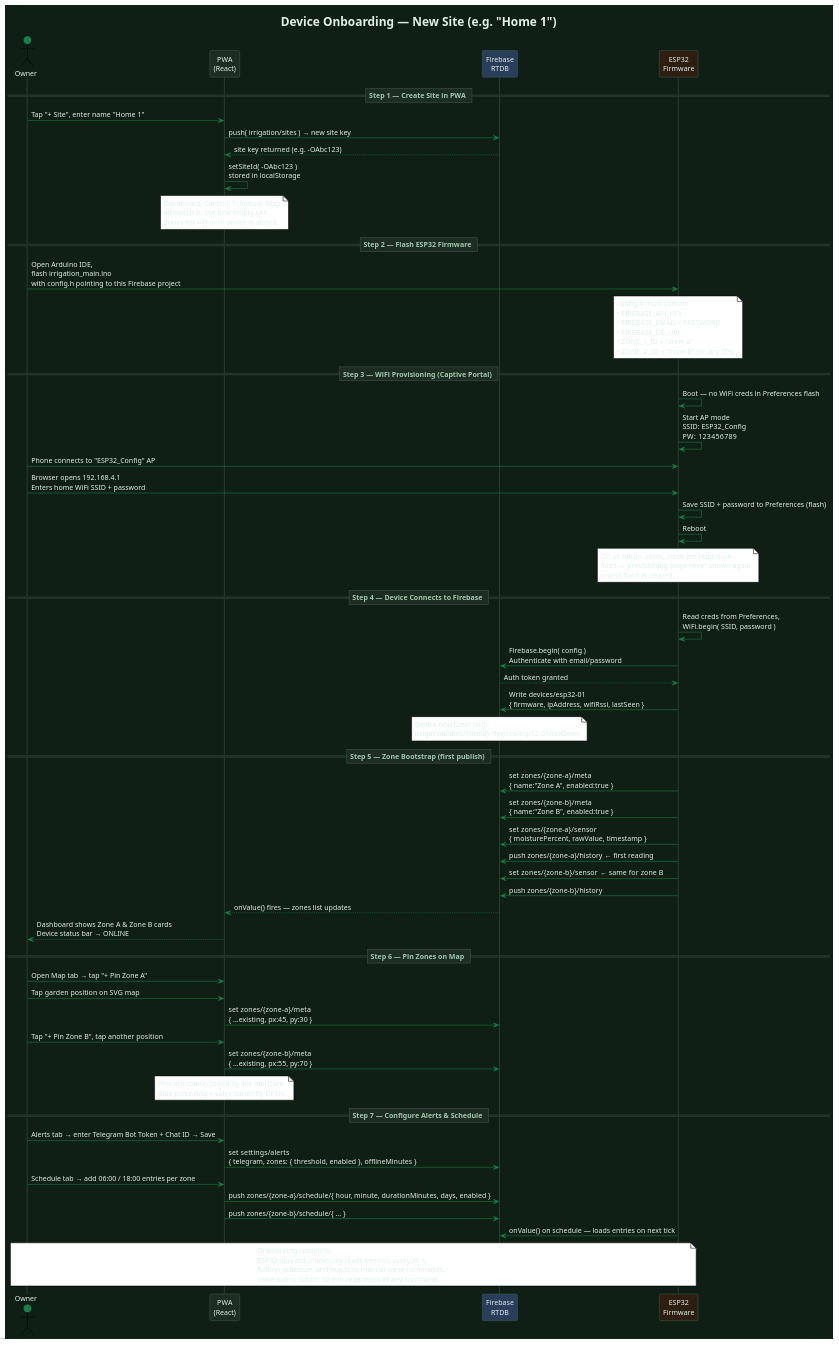
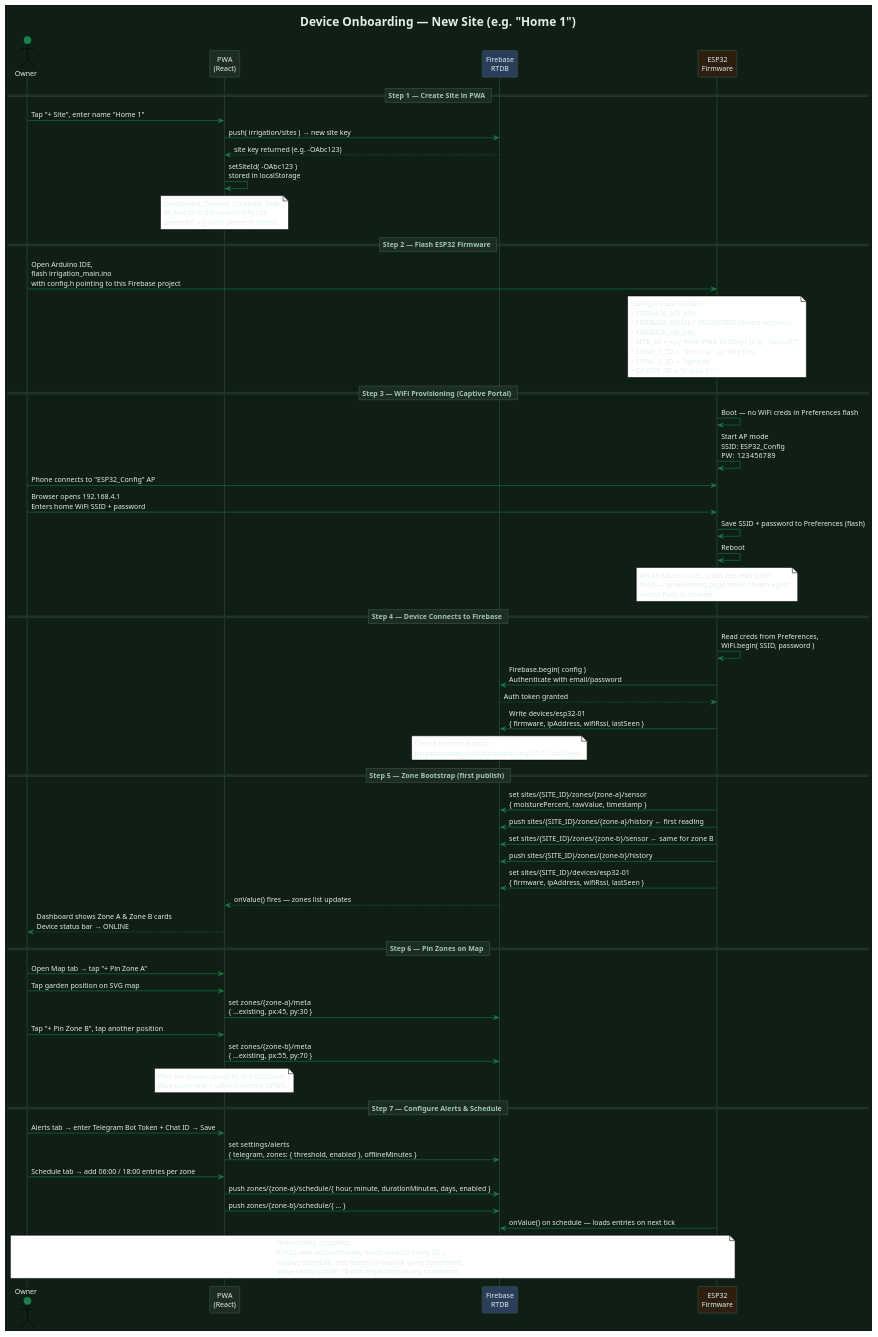
The diagram in docs/device-onboarding-flow.puml (thanhnv2210/irrigation-control-system), drawn with PlantUML before and after one commit. The commit also changed 3 other files, not shown here.

```diff
--- a/docs/device-onboarding-flow.puml
+++ b/docs/device-onboarding-flow.puml
@@ -1,130 +1,131 @@
 @startuml Device Onboarding Flow
 !theme plain
 skinparam backgroundColor #0f1f15
 skinparam defaultFontColor #e0f0e8
 skinparam defaultFontSize 13
 
 skinparam participant {
   BackgroundColor #1e2d24
   BorderColor #3a5a45
   FontColor #e0f0e8
 }
 skinparam sequence {
   ArrowColor #1a7f4b
   LifeLineBorderColor #3a5a45
   LifeLineBackgroundColor #162a1e
   DividerBackgroundColor #1e2d24
   DividerBorderColor #3a5a45
   DividerFontColor #a0c8b0
   GroupBorderColor #3a5a45
   GroupBackgroundColor #162a1e
   GroupFontColor #a0c8b0
   NoteBackgroundColor #1e2d24
   NoteBorderColor #3a5a45
   NoteFontColor #7aab90
 }
 skinparam shadowing false
 
 title Device Onboarding — New Site (e.g. "Home 1")
 
 actor       "Owner"       as User   #1a7f4b
 participant "PWA\n(React)" as PWA   #1e2d24
 participant "Firebase\nRTDB"        as FB    #2a3d5a
 participant "ESP32\nFirmware"       as ESP   #2e1e0f
 
 == Step 1 — Create Site in PWA ==
 
 User  -> PWA : Tap "+ Site", enter name "Home 1"
 PWA   -> FB  : push( irrigation/sites ) → new site key
 FB   --> PWA : site key returned (e.g. -OAbc123)
 PWA   -> PWA : setSiteId( -OAbc123 )\nstored in localStorage
 
 note over PWA
   Dashboard, Control, Schedule, Map
   all switch to the new empty site.
   Zones list = [] until device is added.
 end note
 
 == Step 2 — Flash ESP32 Firmware ==
 
 User  -> ESP  : Open Arduino IDE,\nflash irrigation_main.ino\nwith config.h pointing to this Firebase project
 note over ESP
   config.h must contain:
   • FIREBASE_API_KEY
-  • FIREBASE_EMAIL / PASSWORD
+  • FIREBASE_EMAIL / PASSWORD  (device account)
   • FIREBASE_DB_URL
-  • ZONE_1_ID = "zone-a"
-  • ZONE_2_ID = "zone-b"  (or any IDs)
+  • SITE_ID     = key from PWA Settings (e.g. "default")
+  • ZONE_1_ID   = "balcony"  (or any IDs)
+  • ZONE_2_ID   = "garden"
+  • DEVICE_ID   = "esp32-01"
 end note
 
 == Step 3 — WiFi Provisioning (Captive Portal) ==
 
 ESP   -> ESP  : Boot — no WiFi creds in Preferences flash
 ESP   -> ESP  : Start AP mode\nSSID: ESP32_Config\nPW:   123456789
 
 User  -> ESP  : Phone connects to "ESP32_Config" AP
 User  -> ESP  : Browser opens 192.168.4.1\nEnters home WiFi SSID + password
 ESP   -> ESP  : Save SSID + password to Preferences (flash)
 ESP   -> ESP  : Reboot
 
 note over ESP
   On all future boots, creds are read from
   flash — provisioning page never shown again
   unless flash is cleared.
 end note
 
 == Step 4 — Device Connects to Firebase ==
 
 ESP   -> ESP  : Read creds from Preferences,\nWiFi.begin( SSID, password )
 ESP   -> FB   : Firebase.begin( config )\nAuthenticate with email/password
 FB   --> ESP  : Auth token granted
 ESP   -> FB   : Write devices/esp32-01\n{ firmware, ipAddress, wifiRssi, lastSeen }
 
 note over FB
   Device heartbeat path:
   irrigation/sites/{siteId}/devices/esp32-01/lastSeen
 end note
 
 == Step 5 — Zone Bootstrap (first publish) ==
 
-ESP   -> FB   : set  zones/{zone-a}/meta\n{ name:"Zone A", enabled:true }
-ESP   -> FB   : set  zones/{zone-b}/meta\n{ name:"Zone B", enabled:true }
-ESP   -> FB   : set  zones/{zone-a}/sensor\n{ moisturePercent, rawValue, timestamp }
-ESP   -> FB   : push zones/{zone-a}/history  ← first reading
-ESP   -> FB   : set  zones/{zone-b}/sensor   ← same for zone B
-ESP   -> FB   : push zones/{zone-b}/history
+ESP   -> FB   : set  sites/{SITE_ID}/zones/{zone-a}/sensor\n{ moisturePercent, rawValue, timestamp }
+ESP   -> FB   : push sites/{SITE_ID}/zones/{zone-a}/history  ← first reading
+ESP   -> FB   : set  sites/{SITE_ID}/zones/{zone-b}/sensor   ← same for zone B
+ESP   -> FB   : push sites/{SITE_ID}/zones/{zone-b}/history
+ESP   -> FB   : set  sites/{SITE_ID}/devices/esp32-01\n{ firmware, ipAddress, wifiRssi, lastSeen }
 
 FB   --> PWA  : onValue() fires — zones list updates
 PWA  --> User : Dashboard shows Zone A & Zone B cards\nDevice status bar → ONLINE
 
 == Step 6 — Pin Zones on Map ==
 
 User  -> PWA  : Open Map tab → tap "+ Pin Zone A"
 User  -> PWA  : Tap garden position on SVG map
 PWA   -> FB   : set  zones/{zone-a}/meta\n{ ...existing, px:45, py:30 }
 User  -> PWA  : Tap "+ Pin Zone B", tap another position
 PWA   -> FB   : set  zones/{zone-b}/meta\n{ ...existing, px:55, py:70 }
 
 note over PWA
   Pins are colour-coded by live moisture.
   Blue pulse ring = valve currently OPEN.
 end note
 
 == Step 7 — Configure Alerts & Schedule ==
 
 User  -> PWA  : Alerts tab → enter Telegram Bot Token + Chat ID → Save
 PWA   -> FB   : set  settings/alerts\n{ telegram, zones: { threshold, enabled }, offlineMinutes }
 
 User  -> PWA  : Schedule tab → add 06:00 / 18:00 entries per zone
 PWA   -> FB   : push zones/{zone-a}/schedule/{ hour, minute, durationMinutes, days, enabled }
 PWA   -> FB   : push zones/{zone-b}/schedule/{ ... }
 ESP   -> FB   : onValue() on schedule — loads entries on next tick
 
 note over User, ESP
   Onboarding complete.
   ESP32 now autonomously reads sensors every 30 s,
   follows schedule, and reacts to manual valve commands.
   Valve safety cutoff: 10 min regardless of any command.
 end note
 
 @enduml
```
